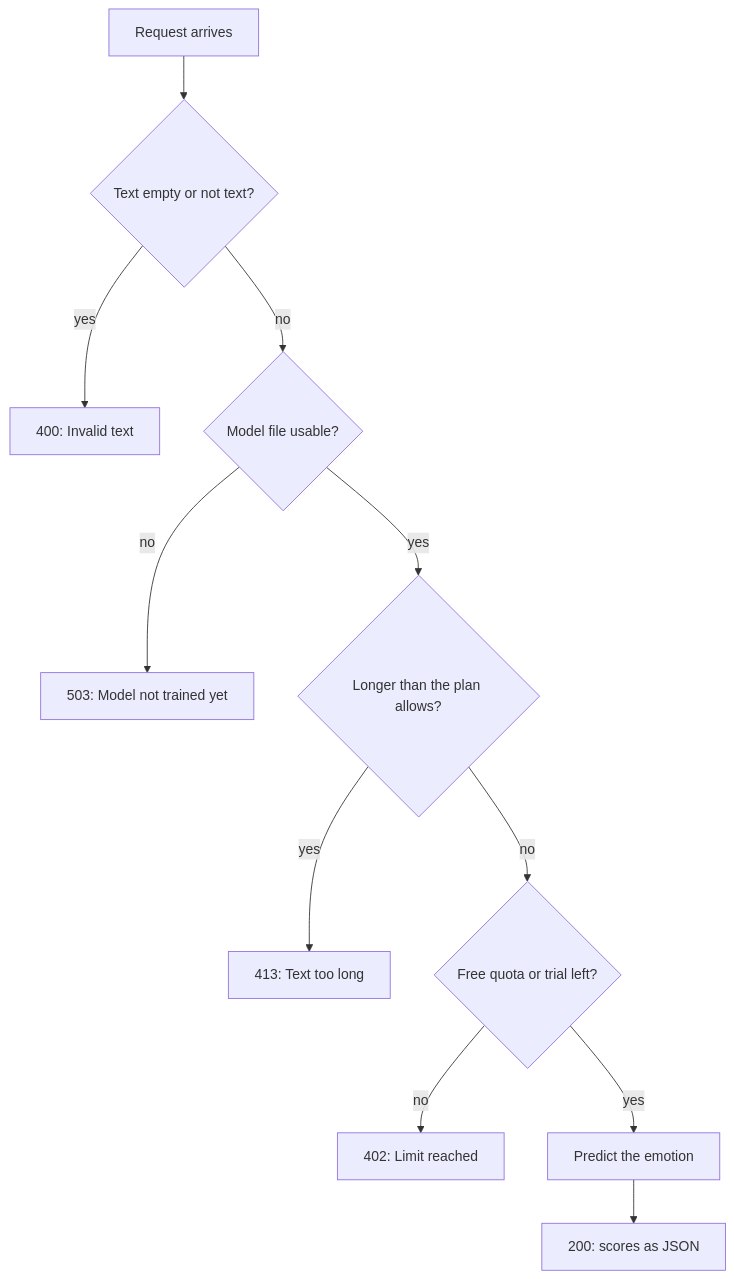
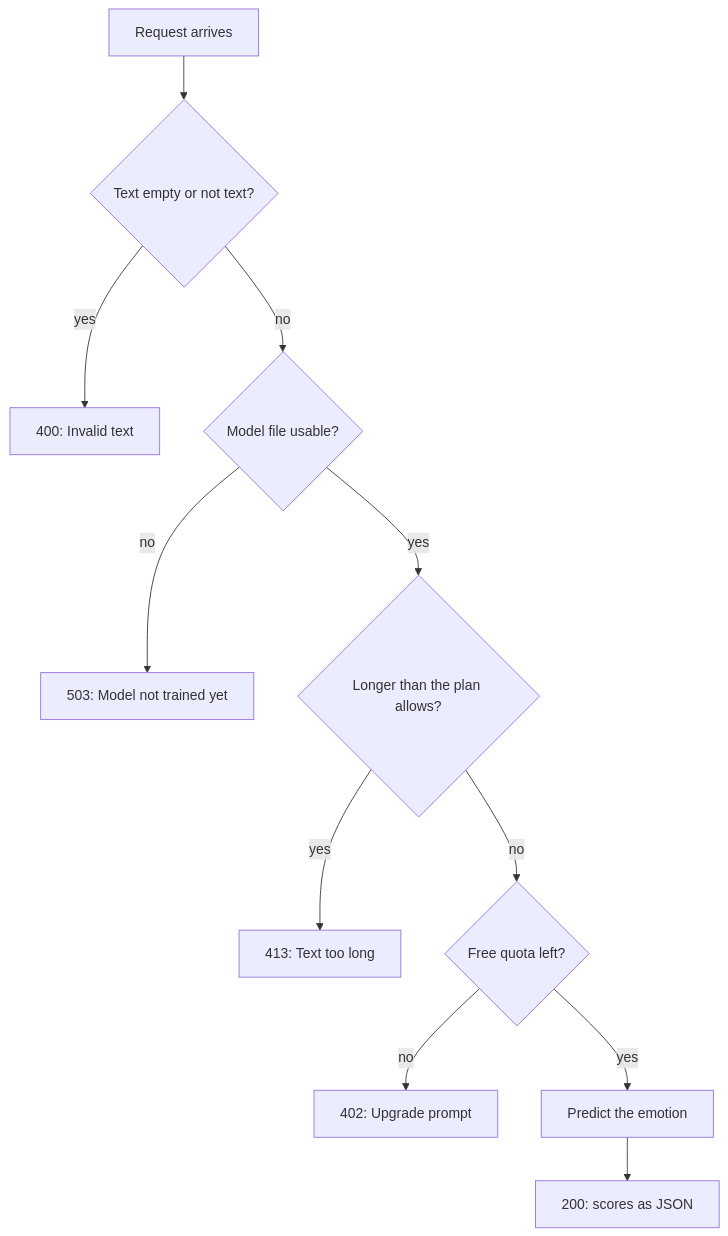
One commit to shivansh07adi-cloud/Emotion-Detector-AI----From-scratch changed the fourth of 11 diagrams in README.md. Above: the diagram before and after it, drawn with Mermaid. The commit also changed other lines of this file, not shown here.

````diff
--- a/README.md
+++ b/README.md
@@ -199,13 +199,13 @@
 ```mermaid
 flowchart TD
     A["Request arrives"] --> B{"Text empty or not text?"}
     B -- "yes" --> E400["400: Invalid text"]
     B -- "no" --> C{"Model file usable?"}
     C -- "no" --> E503["503: Model not trained yet"]
     C -- "yes" --> D{"Longer than the plan allows?"}
     D -- "yes" --> E413["413: Text too long"]
-    D -- "no" --> F{"Free quota or trial left?"}
-    F -- "no" --> E402["402: Limit reached"]
+    D -- "no" --> F{"Free quota left?"}
+    F -- "no" --> E402["402: Upgrade prompt"]
     F -- "yes" --> G["Predict the emotion"]
     G --> H["200: scores as JSON"]
 ```
````
